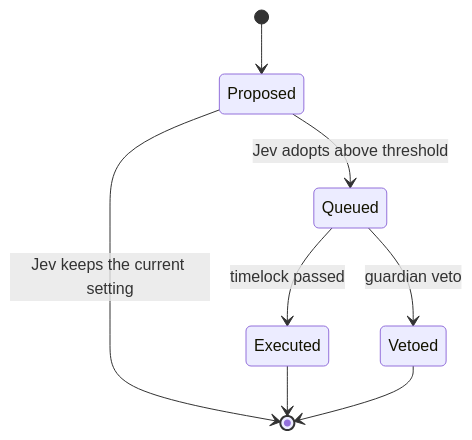
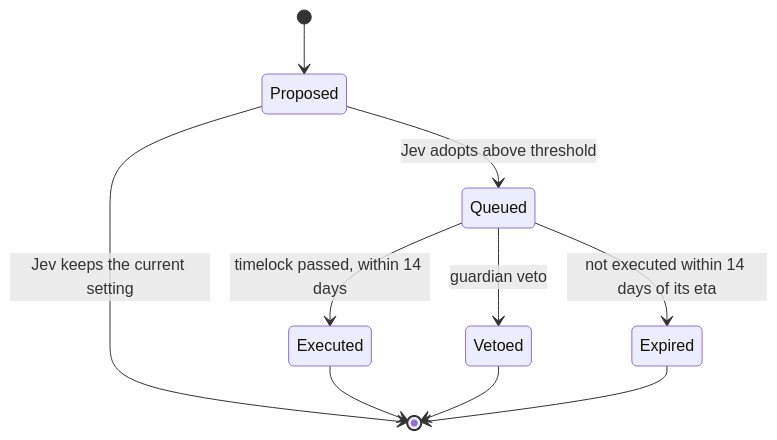
Before and after one commit to usebrainchain/brainchain: the diagram in docs/architecture.md, drawn with Mermaid. The commit also changed other lines of this file and 8 other files, not shown here.

````diff
--- a/docs/architecture.md
+++ b/docs/architecture.md
@@ -32,10 +47,12 @@
 ```mermaid
 stateDiagram-v2
     [*] --> Proposed
     Proposed --> Queued: Jev adopts above threshold
     Proposed --> [*]: Jev keeps the current setting
-    Queued --> Executed: timelock passed
+    Queued --> Executed: timelock passed, within 14 days
     Queued --> Vetoed: guardian veto
+    Queued --> Expired: not executed within 14 days of its eta
     Executed --> [*]
     Vetoed --> [*]
+    Expired --> [*]
 ```
````
